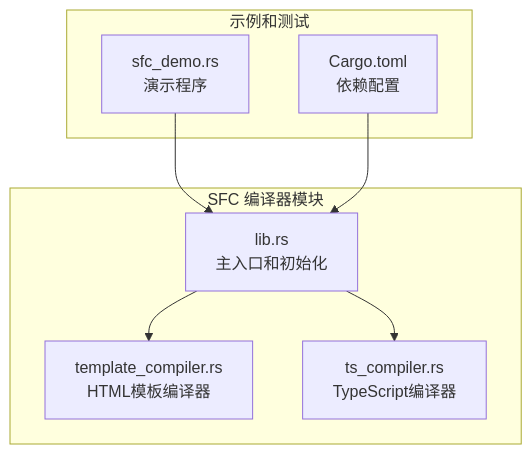
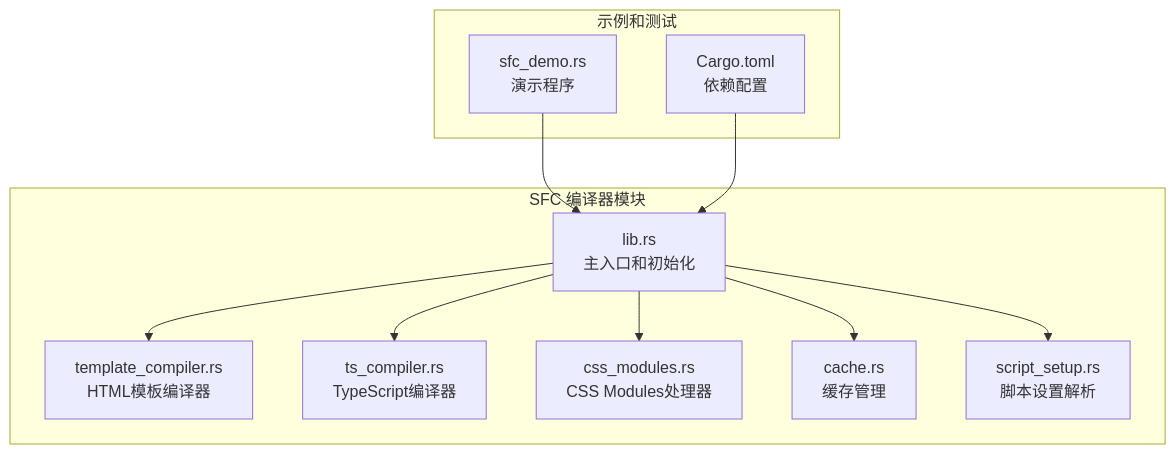
The first of 19 diagrams in .qoder/repowiki/zh/content/技术架构详解/即时转译系统/SFC编译器初始化机制.md (itszzl-sudo/iris), drawn with Mermaid before and after one commit. The commit also changed other lines of this file and 3 other files, not shown here.

Commit message:
feat: 添加 script setup 和编译器宏支持 (58 tests pass)

````diff
--- a/.qoder/repowiki/zh/content/技术架构详解/即时转译系统/SFC编译器初始化机制.md
+++ b/.qoder/repowiki/zh/content/技术架构详解/即时转译系统/SFC编译器初始化机制.md
@@ -48,16 +52,22 @@
 ```mermaid
 graph TB
 subgraph "SFC 编译器模块"
 A[lib.rs<br/>主入口和初始化]
 B[template_compiler.rs<br/>HTML模板编译器]
 C[ts_compiler.rs<br/>TypeScript编译器]
+D[css_modules.rs<br/>CSS Modules处理器]
+E[cache.rs<br/>缓存管理]
+F[script_setup.rs<br/>脚本设置解析]
 end
 subgraph "示例和测试"
-D[sfc_demo.rs<br/>演示程序]
-E[Cargo.toml<br/>依赖配置]
+G[sfc_demo.rs<br/>演示程序]
+H[Cargo.toml<br/>依赖配置]
 end
 A --> B
 A --> C
-D --> A
-E --> A
+A --> D
+A --> E
+A --> F
+G --> A
+H --> A
 ```
````
